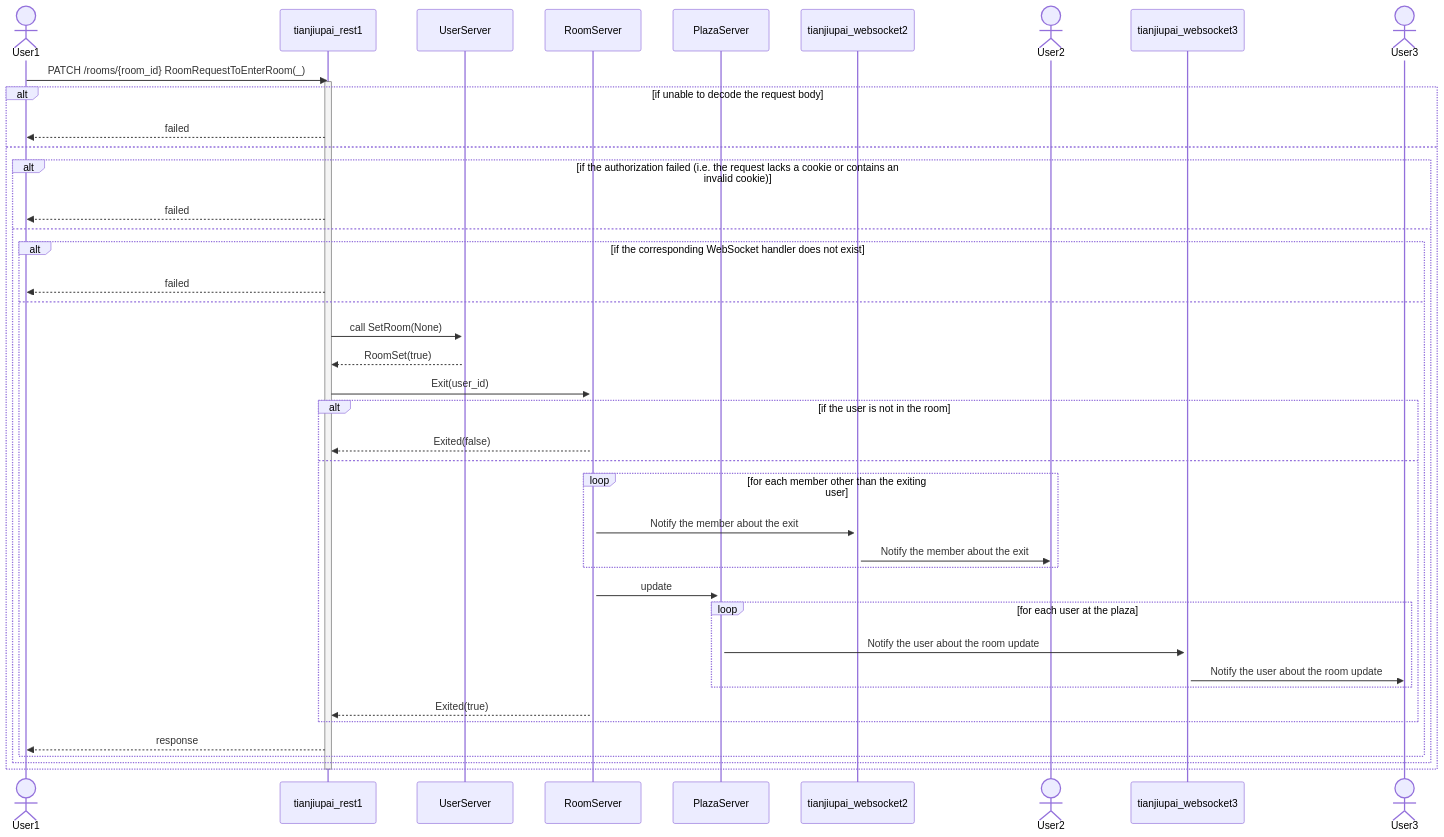
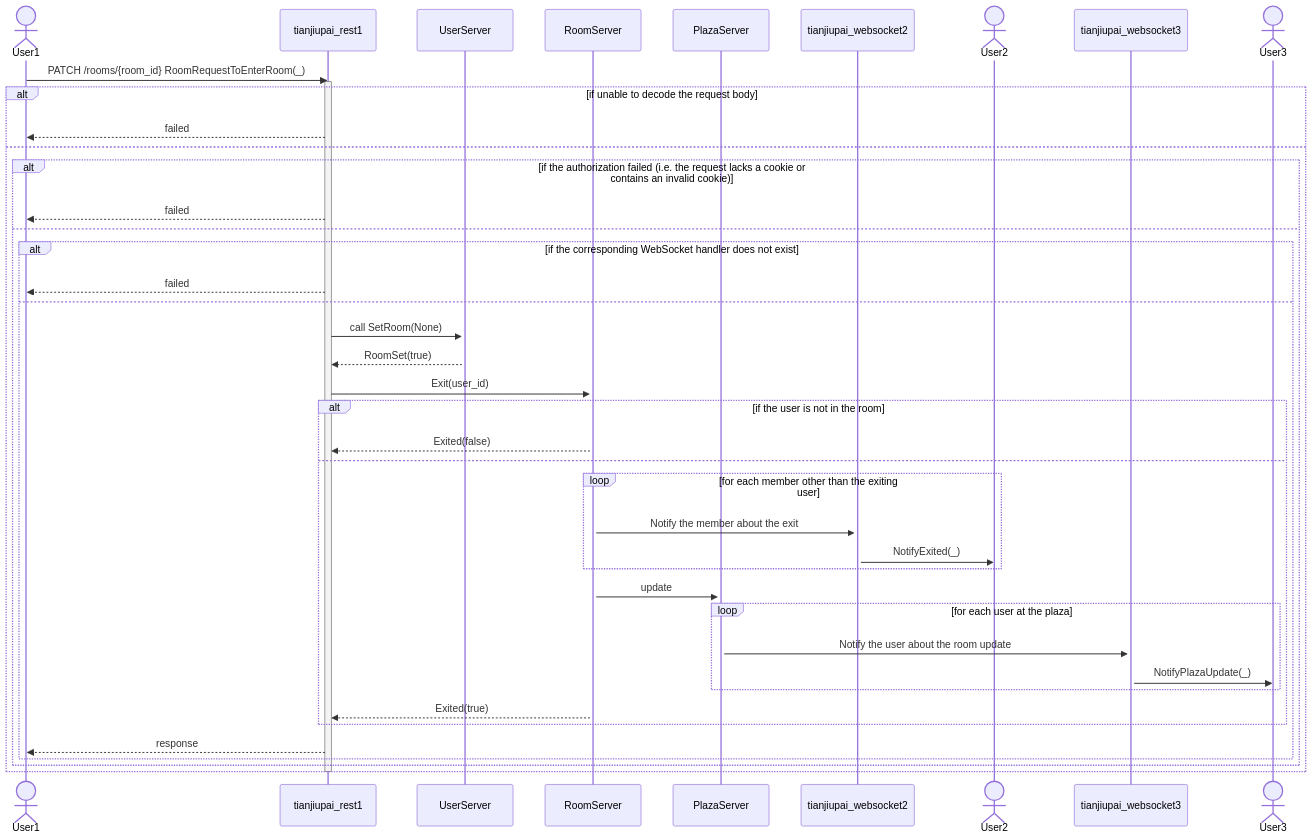
One commit to gfngfn/game_tianjiupai changed the fourth of 8 diagrams in docs/ARCHITECTURE.md. Above: the diagram before and after it, drawn with Mermaid. The commit also changed other lines of this file, not shown here.

Commit message:
add some sequence diagrams to docs (7)

````diff
--- a/docs/ARCHITECTURE.md
+++ b/docs/ARCHITECTURE.md
@@ -154,51 +154,51 @@
 ```mermaid
 sequenceDiagram
   actor User1
   participant tianjiupai_rest1
   participant UserServer
   participant RoomServer
   participant PlazaServer
   participant tianjiupai_websocket2
   actor User2
   participant tianjiupai_websocket3
   actor User3
   activate UserServer
   activate RoomServer
   activate PlazaServer
   activate tianjiupai_websocket2
   activate tianjiupai_websocket3
 
   User1 ->> tianjiupai_rest1 : PATCH /rooms/{room_id} RoomRequestToEnterRoom(_)
   activate tianjiupai_rest1
   alt if unable to decode the request body
     tianjiupai_rest1 -->> User1 : failed
   else
     alt if the authorization failed (i.e. the request lacks a cookie or contains an invalid cookie)
       tianjiupai_rest1 -->> User1 : failed
     else
       alt if the corresponding WebSocket handler does not exist
         tianjiupai_rest1 -->> User1 : failed
       else
         tianjiupai_rest1 ->> UserServer : call SetRoom(None)
         UserServer -->> tianjiupai_rest1 : RoomSet(true)
         tianjiupai_rest1 ->> RoomServer : Exit(user_id)
         alt if the user is not in the room
           RoomServer -->> tianjiupai_rest1 : Exited(false)
         else
           loop for each member other than the exiting user
             RoomServer ->> tianjiupai_websocket2 : Notify the member about the exit
-            tianjiupai_websocket2 ->> User2 : Notify the member about the exit
+            tianjiupai_websocket2 ->> User2 : NotifyExited(_)
           end
           RoomServer ->> PlazaServer : update
           loop for each user at the plaza
             PlazaServer ->> tianjiupai_websocket3 : Notify the user about the room update
-            tianjiupai_websocket3 ->> User3 : Notify the user about the room update
+            tianjiupai_websocket3 ->> User3 : NotifyPlazaUpdate(_)
           end
           RoomServer -->> tianjiupai_rest1 : Exited(true)
         end
         tianjiupai_rest1 -->> User1 : response
       end
     end
   end
   deactivate tianjiupai_rest1
 ```
````
